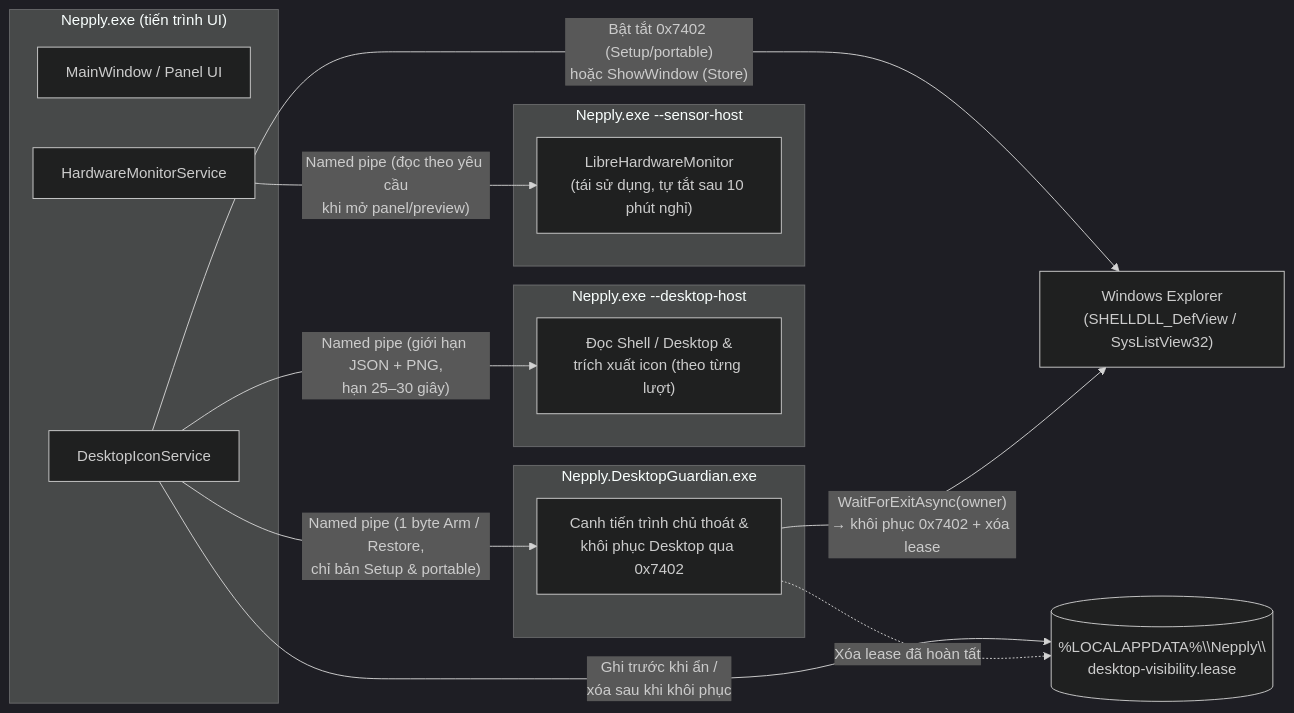
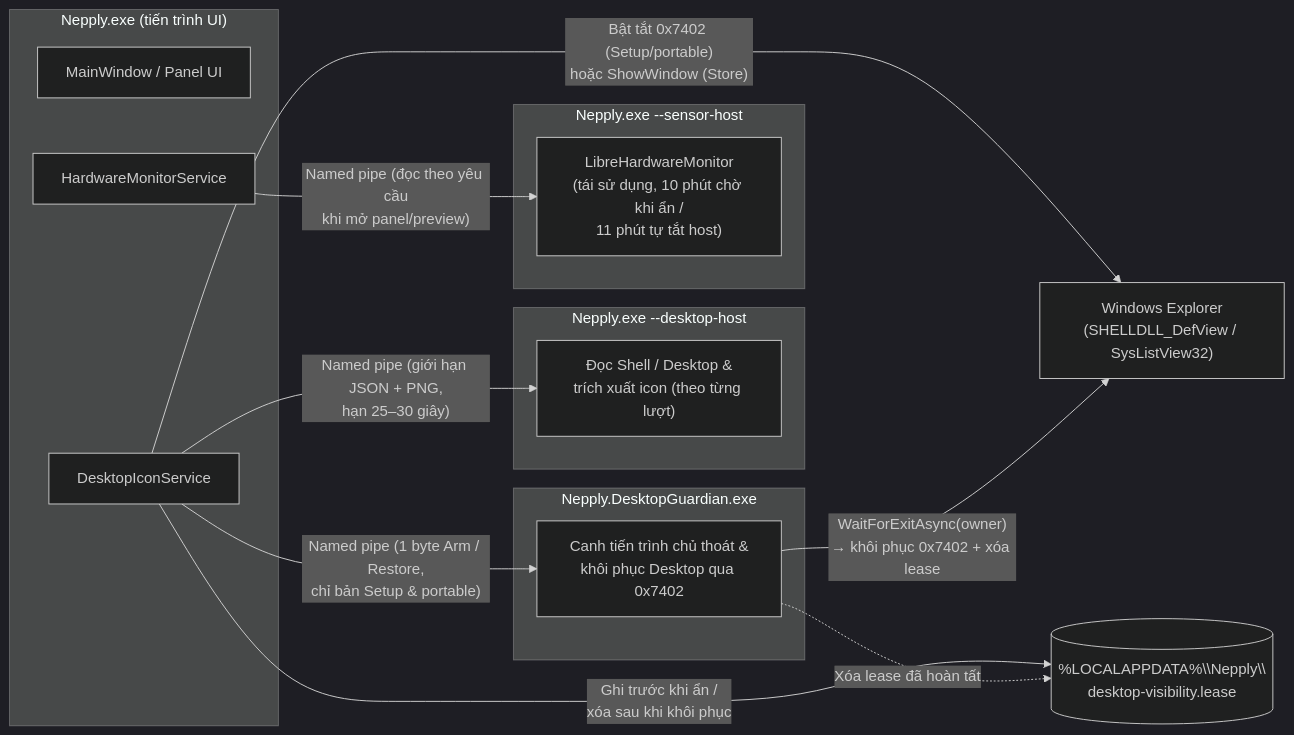
The first of 2 diagrams in docs/architecture/MODULES.md (minhquang0607/Nepply), drawn with Mermaid (dark theme) before and after one commit. The commit also changed other lines of this file and 12 other files, not shown here.

Commit message:
fix: align audit checklist, user guide, and architecture docs with code

````diff
--- a/docs/architecture/MODULES.md
+++ b/docs/architecture/MODULES.md
@@ -15,31 +15,31 @@
 ```mermaid
 flowchart LR
     subgraph UI["Nepply.exe (tiến trình UI)"]
         MW["MainWindow / Panel UI"]
         DIS["DesktopIconService"]
         HMS["HardwareMonitorService"]
     end
 
     subgraph DH["Nepply.exe --desktop-host"]
         Scan["Đọc Shell / Desktop &\ntrích xuất icon (theo từng lượt)"]
     end
 
     subgraph SH["Nepply.exe --sensor-host"]
-        LHM["LibreHardwareMonitor\n(tái sử dụng, tự tắt sau 10 phút nghỉ)"]
+        LHM["LibreHardwareMonitor\n(tái sử dụng, 10 phút chờ khi ẩn /\n11 phút tự tắt host)"]
     end
 
     subgraph GD["Nepply.DesktopGuardian.exe"]
         Guard["Canh tiến trình chủ thoát &\nkhôi phục Desktop qua 0x7402"]
     end
 
     EXP["Windows Explorer\n(SHELLDLL_DefView / SysListView32)"]
     LEASE[("%LOCALAPPDATA%\\Nepply\\\ndesktop-visibility.lease")]
 
     DIS -- "Named pipe (giới hạn JSON + PNG,\nhạn 25–30 giây)" --> Scan
     HMS -- "Named pipe (đọc theo yêu cầu\nkhi mở panel/preview)" --> LHM
     DIS -- "Named pipe (1 byte Arm / Restore,\nchỉ bản Setup & portable)" --> Guard
     DIS -- "Ghi trước khi ẩn /\nxóa sau khi khôi phục" --> LEASE
     DIS -- "Bật tắt 0x7402 (Setup/portable)\nhoặc ShowWindow (Store)" --> EXP
     Guard -- "WaitForExitAsync(owner)\n→ khôi phục 0x7402 + xóa lease" --> EXP
     Guard -. "Xóa lease đã hoàn tất" .-> LEASE
 ```
````
